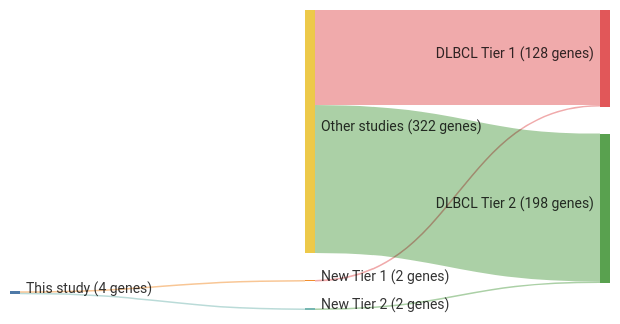
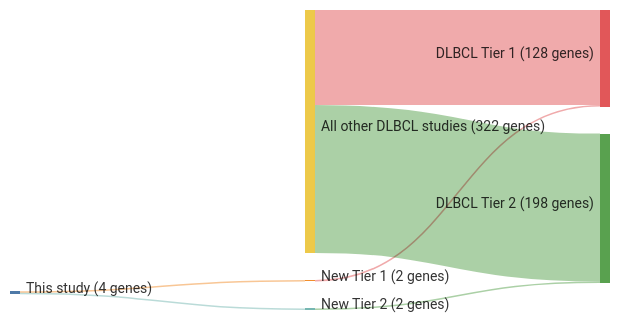
The diagram in papers/pasqualucciHypermutationMultipleProtooncogenes2001a.md (morinlab/lymphopedia), drawn with Mermaid before and after one commit. The commit also changed 82 other files, not shown here.

````diff
--- a/papers/pasqualucciHypermutationMultipleProtooncogenes2001a.md
+++ b/papers/pasqualucciHypermutationMultipleProtooncogenes2001a.md
@@ -12,20 +12,20 @@
 ```mermaid
 ---
 config:
     sankey:
         showValues: true
         linkColor: target
         width: 600
         height: 300
         nodeAlignment: right
         prefix: '('
         suffix: ' genes)'
 ---
 sankey-beta
 This study, New Tier 1, 2
 New Tier 1, DLBCL Tier 1, 2
 This study, New Tier 2, 2
 New Tier 2, DLBCL Tier 2, 2
-Other studies, DLBCL Tier 1, 126
-Other studies, DLBCL Tier 2, 196
+All other DLBCL studies, DLBCL Tier 1, 126
+All other DLBCL studies, DLBCL Tier 2, 196
 ```
````
